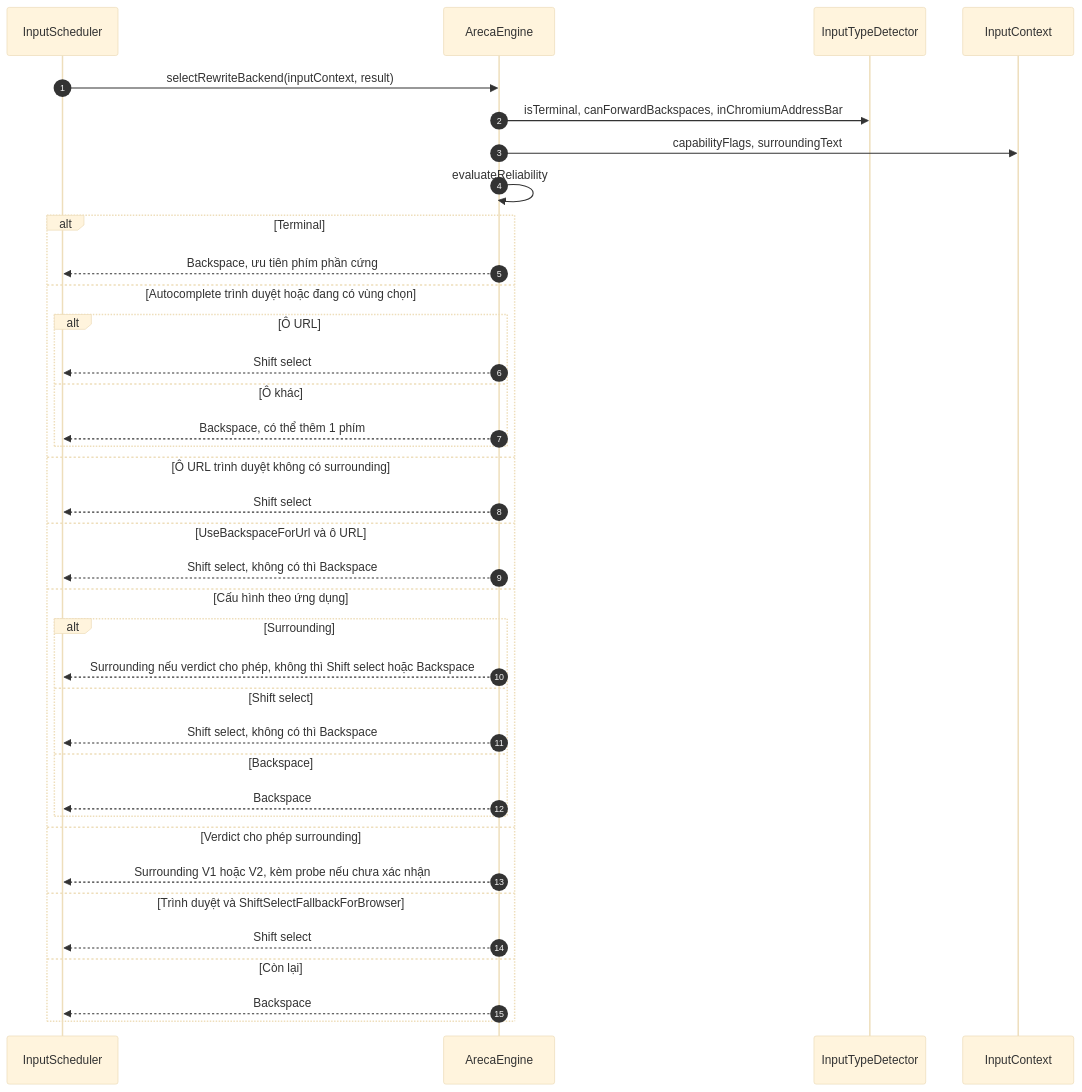
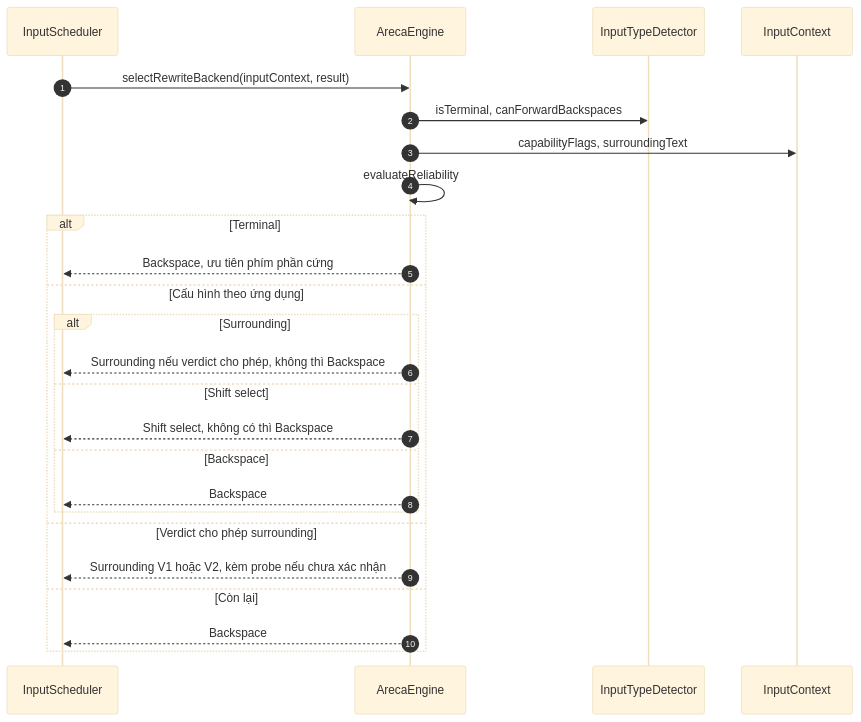
The first of 7 diagrams in docs/ARECA_ARCHITECTURE_SPECIFICATION.md (xhkzeroone/ArecaIME), drawn with Mermaid (base theme) before and after one commit. The commit also changed other lines of this file and 44 other files, not shown here.

````diff
--- a/docs/ARECA_ARCHITECTURE_SPECIFICATION.md
+++ b/docs/ARECA_ARCHITECTURE_SPECIFICATION.md
@@ -71,41 +71,29 @@
 ```mermaid
 sequenceDiagram
     autonumber
     participant S as InputScheduler
     participant E as ArecaEngine
     participant D as InputTypeDetector
     participant IC as InputContext
 
     S->>E: selectRewriteBackend(inputContext, result)
-    E->>D: isTerminal, canForwardBackspaces, inChromiumAddressBar
+    E->>D: isTerminal, canForwardBackspaces
     E->>IC: capabilityFlags, surroundingText
     E->>E: evaluateReliability
 
     alt Terminal
         E-->>S: Backspace, ưu tiên phím phần cứng
-    else Autocomplete trình duyệt hoặc đang có vùng chọn
-        alt Ô URL
-            E-->>S: Shift select
-        else Ô khác
-            E-->>S: Backspace, có thể thêm 1 phím
-        end
-    else Ô URL trình duyệt không có surrounding
-        E-->>S: Shift select
-    else UseBackspaceForUrl và ô URL
-        E-->>S: Shift select, không có thì Backspace
     else Cấu hình theo ứng dụng
         alt Surrounding
-            E-->>S: Surrounding nếu verdict cho phép, không thì Shift select hoặc Backspace
+            E-->>S: Surrounding nếu verdict cho phép, không thì Backspace
         else Shift select
             E-->>S: Shift select, không có thì Backspace
         else Backspace
             E-->>S: Backspace
         end
     else Verdict cho phép surrounding
         E-->>S: Surrounding V1 hoặc V2, kèm probe nếu chưa xác nhận
-    else Trình duyệt và ShiftSelectFallbackForBrowser
-        E-->>S: Shift select
     else Còn lại
         E-->>S: Backspace
     end
 ```
````
